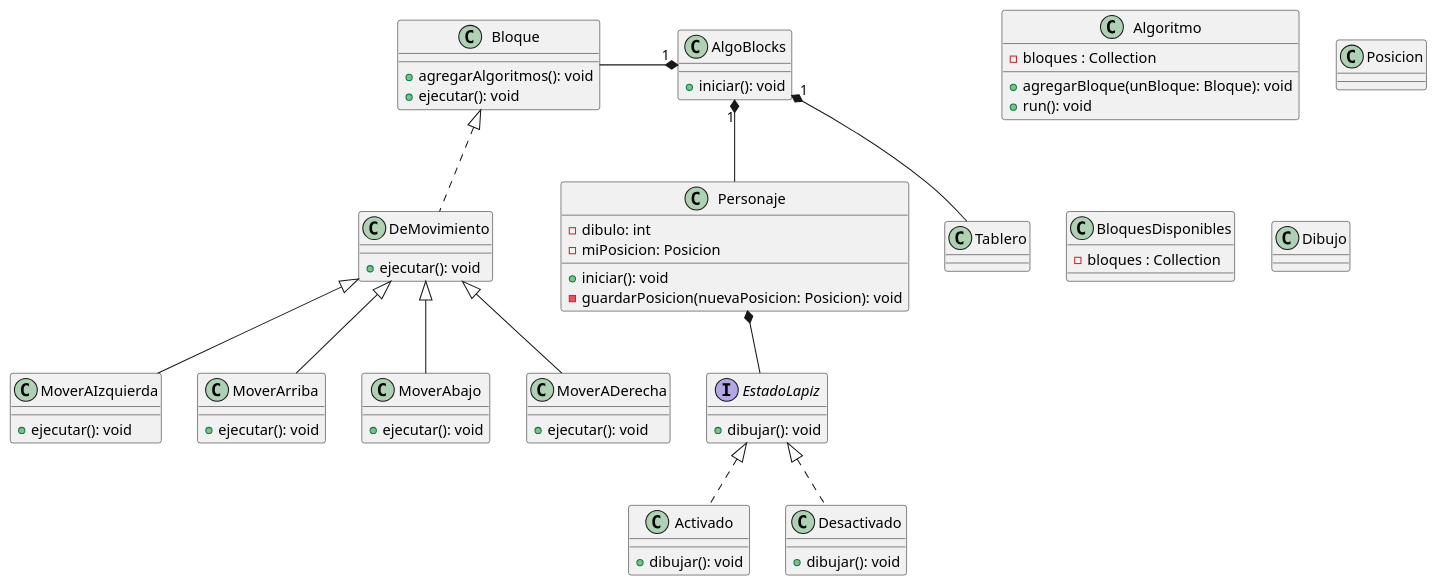
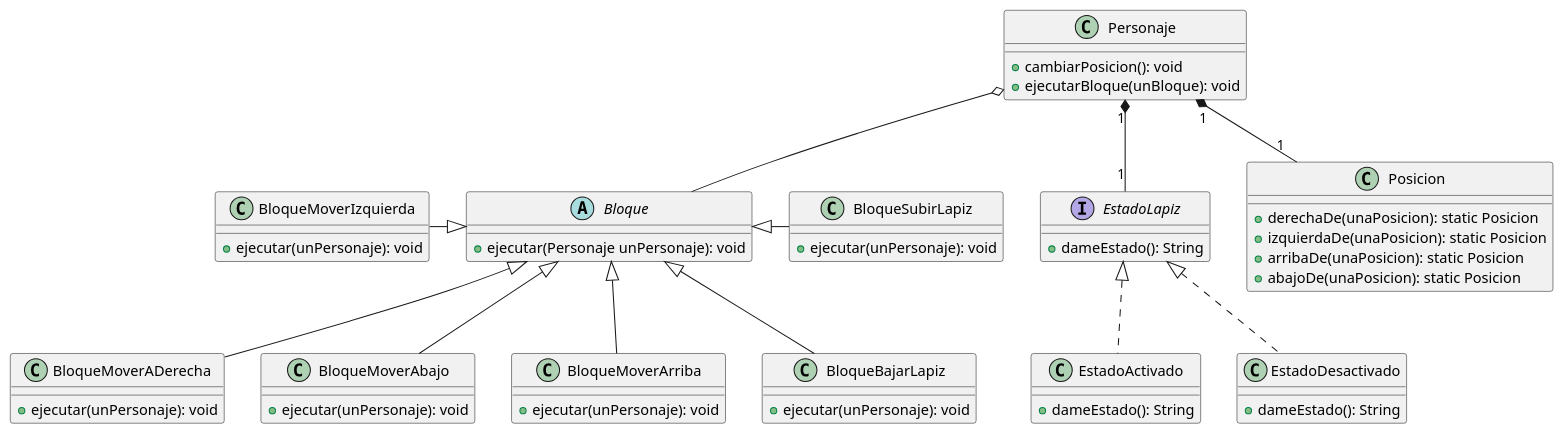
Before and after one commit to Lescalante14/Tp2-Algoritmos3-AlgoBlocks: the diagram in src/main/diagramas/clases.puml, drawn with PlantUML. The commit also changed 1 other file, not shown here.

Commit message:
Diagrama de clase

```diff
--- a/src/main/diagramas/clases.puml
+++ b/src/main/diagramas/clases.puml
@@ -1,81 +1,70 @@
 @startuml
 
-class AlgoBlocks{
-+ iniciar(): void
+class Personaje{
+
+    + cambiarPosicion(): void
+    + ejecutarBloque(unBloque): void
 }
 
-class Personaje{
-- dibulo: int
-- miPosicion: Posicion
-+ iniciar(): void
-- guardarPosicion(nuevaPosicion: Posicion): void
+abstract Bloque{
+     + ejecutar(Personaje unPersonaje): void
 }
 
-class Bloque{
-+ agregarAlgoritmos(): void
-+ ejecutar(): void
+class BloqueMoverIzquierda {
+    + ejecutar(unPersonaje): void
 }
 
-class DeMovimiento {
-+ ejecutar(): void
+class BloqueMoverADerecha {
+    + ejecutar(unPersonaje): void
 }
 
-class MoverAIzquierda {
-+ ejecutar(): void
+class BloqueMoverAbajo {
+    + ejecutar(unPersonaje): void
 }
 
-class MoverArriba {
-+ ejecutar(): void
+class BloqueMoverArriba {
+    + ejecutar(unPersonaje): void
 }
 
-class MoverAbajo {
-    + ejecutar(): void
+class BloqueBajarLapiz {
+    + ejecutar(unPersonaje): void
 }
 
-class MoverADerecha {
-    + ejecutar(): void
+class BloqueSubirLapiz {
+    + ejecutar(unPersonaje): void
 }
 
 interface EstadoLapiz {
-    + dibujar(): void
+    + dameEstado(): String
 }
 
-class Activado {
-    + dibujar(): void
+class EstadoActivado {
+    + dameEstado(): String
 }
 
-class Desactivado {
-    + dibujar(): void
-}
-
-AlgoBlocks "1" *-- Tablero
-AlgoBlocks "1" *--left Bloque
-AlgoBlocks "1" *-- Personaje
-Bloque <|.. DeMovimiento
-DeMovimiento <|-- MoverAbajo
-DeMovimiento <|-- MoverADerecha
-DeMovimiento <|-- MoverAIzquierda
-DeMovimiento <|-- MoverArriba
-Personaje *-- EstadoLapiz
-EstadoLapiz <|.. Activado
-EstadoLapiz <|.. Desactivado
-
-class Algoritmo {
-    - bloques : Collection
-    + agregarBloque(unBloque: Bloque): void
-    + run(): void
+class EstadoDesactivado {
+    + dameEstado(): String
 }
 
 class Posicion {
-
+    + derechaDe(unaPosicion): static Posicion
+    + izquierdaDe(unaPosicion): static Posicion
+    + arribaDe(unaPosicion): static Posicion
+    + abajoDe(unaPosicion): static Posicion
 }
 
-class BloquesDisponibles {
-    - bloques : Collection
-}
+Personaje o-- Bloque
+Personaje "1" *-- "1" EstadoLapiz
+Personaje "1" *-- "1" Posicion
 
-class Dibujo {
+Bloque <|-- BloqueMoverADerecha
+Bloque <|--left BloqueMoverIzquierda
+Bloque <|-- BloqueMoverAbajo
+Bloque <|-- BloqueMoverArriba
+Bloque <|-- BloqueBajarLapiz
+Bloque <|--right BloqueSubirLapiz
 
-}
+EstadoLapiz <|.. EstadoActivado
+EstadoLapiz <|.. EstadoDesactivado
 
 @enduml
```
